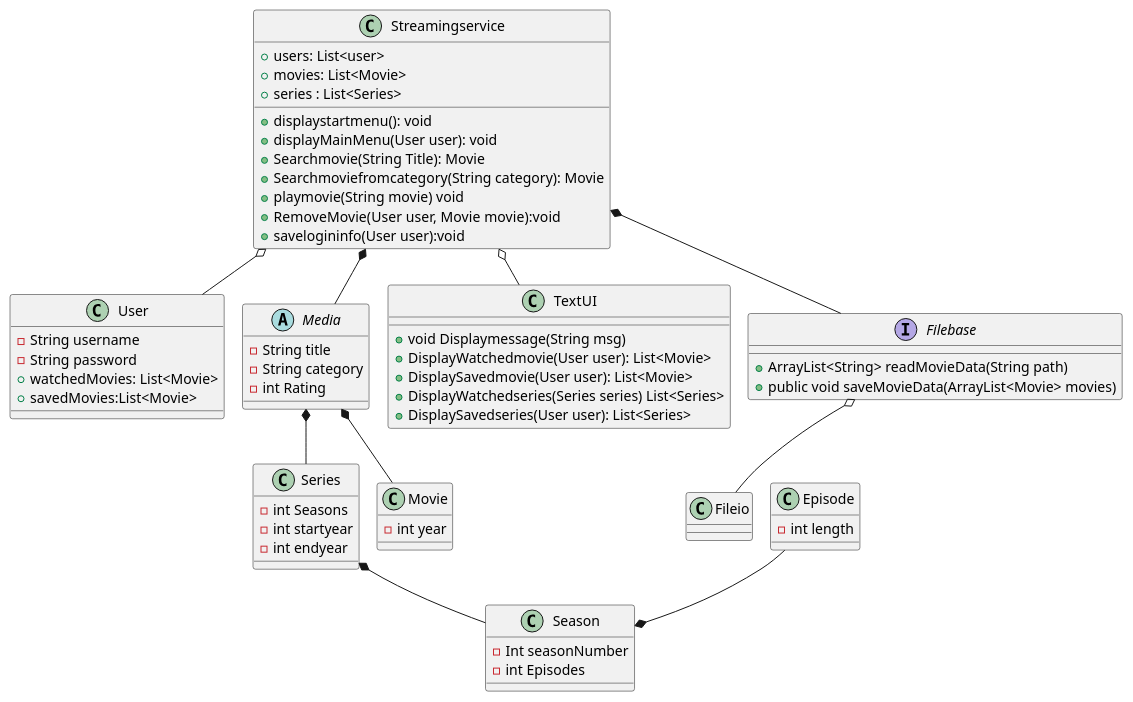
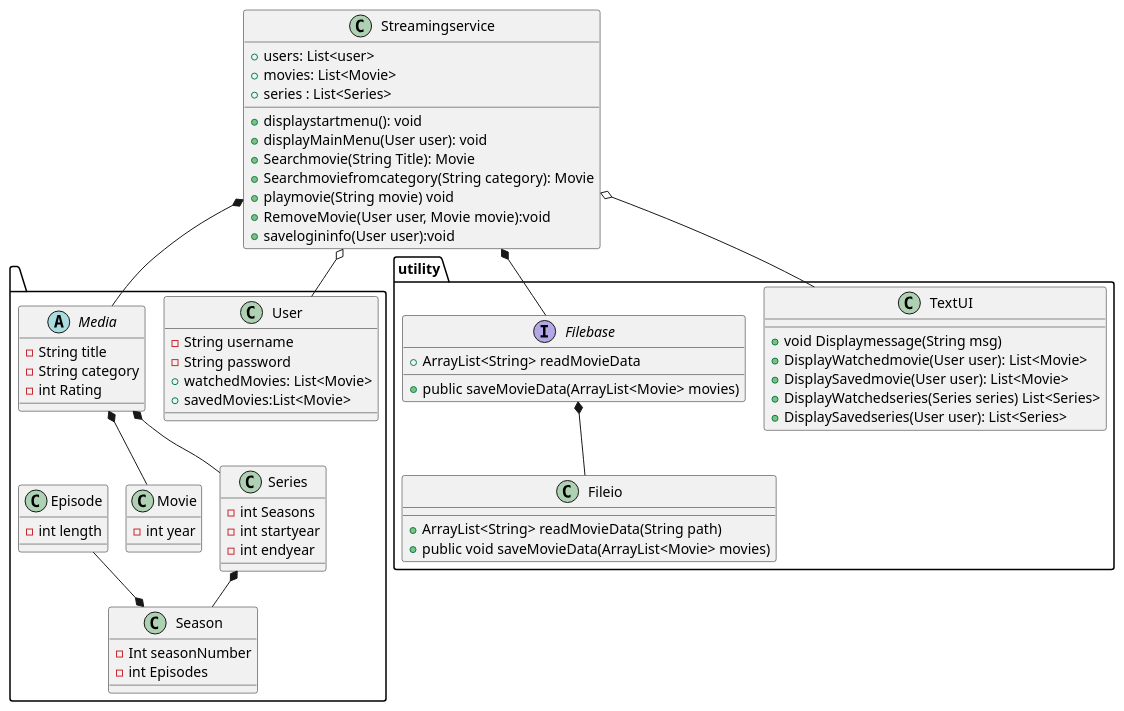
The diagram in SP3/src/main/java/org/example/Klassediagram.puml (moldamolda/SP3---Streaming-Service), drawn with PlantUML before and after one commit. The commit also changed 1 other file, not shown here.

```diff
--- a/SP3/src/main/java/org/example/Klassediagram.puml
+++ b/SP3/src/main/java/org/example/Klassediagram.puml
@@ -1,81 +1,81 @@
 @startuml
 !pragma layout smetana
 
 class Streamingservice {
   +users: List<user>
   + movies: List<Movie>
   + series : List<Series>
   +displaystartmenu(): void
   +displayMainMenu(User user): void
   +Searchmovie(String Title): Movie
   + Searchmoviefromcategory(String category): Movie
   +playmovie(String movie) void
   +RemoveMovie(User user, Movie movie):void
   +savelogininfo(User user):void
 }
-
+package " "{
 class User {
     -String username
     -String password
     +watchedMovies: List<Movie>
     +savedMovies:List<Movie>
+}
+
+abstract class Media{
+- String title
+- String category
+-int Rating
+}
+
+class Movie {
+-int year
 }
 
 class Series {
     -int Seasons
     -int startyear
     -int endyear
 }
 
 class Season {
     -Int seasonNumber
     -int Episodes
 }
 
 class Episode {
 -int length
 }
-
-
-class Fileio {
 }
 
-abstract class Media{
-- String title
-- String category
--int Rating
+package "utility"{
+class Fileio {
++ArrayList<String> readMovieData(String path)
++ public void saveMovieData(ArrayList<Movie> movies)
 }
 
 class TextUI {
 + void Displaymessage(String msg)
 +DisplayWatchedmovie(User user): List<Movie>
  +DisplaySavedmovie(User user): List<Movie>
  +DisplayWatchedseries(Series series) List<Series>
 +DisplaySavedseries(User user): List<Series>
 }
 
-class Movie {
--int year
+interface Filebase{
++ArrayList<String> readMovieData
++ public saveMovieData(ArrayList<Movie> movies)
 }
 
-interface Filebase{
-+ArrayList<String> readMovieData(String path)
-+ public void saveMovieData(ArrayList<Movie> movies)
 }
-
-
 
 Streamingservice *-- Filebase
 Streamingservice o--  TextUI
 Streamingservice o-- User
 Streamingservice *-- Media
-Filebase o-- Fileio
+Filebase *-- Fileio
 Media *-- Series
 Media *-- Movie
 Series *-- Season
 Episode --* Season
 
-
-
-
 @enduml
```
